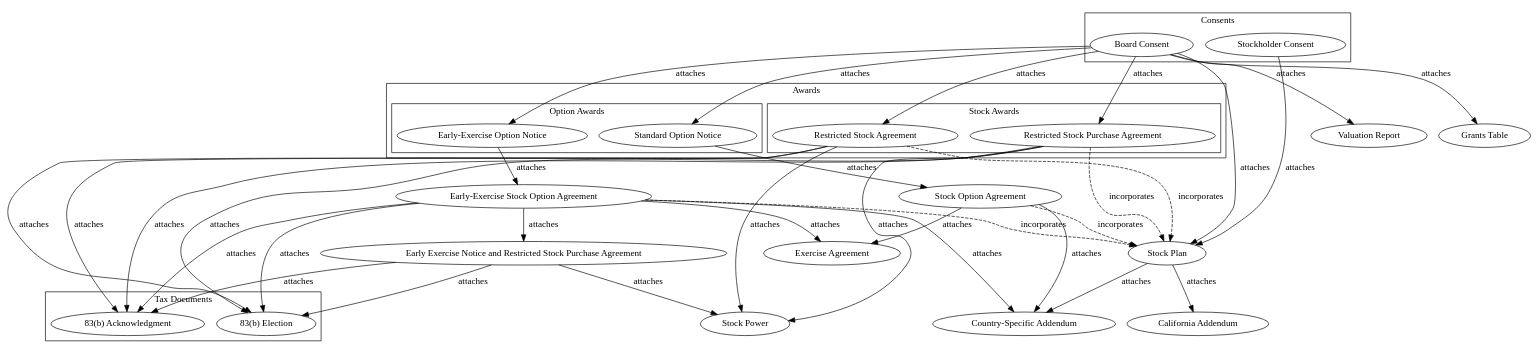
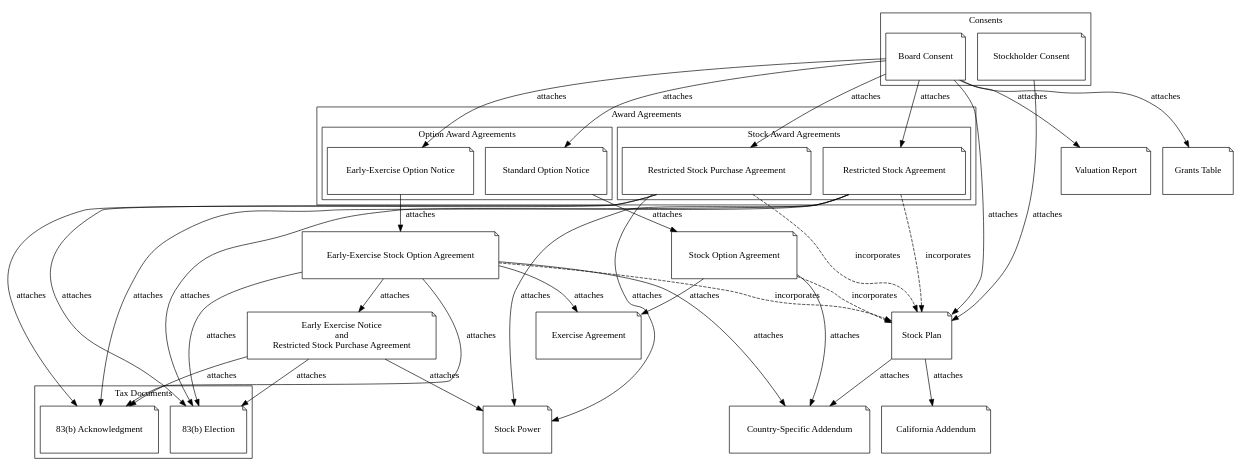
One commit to kemitchell/stock-plan-graph changed the diagram in stock-plan.dot. Above: the diagram before and after it, drawn with Graphviz.

Commit message:
Style nodes; improve labels

```diff
--- a/stock-plan.dot
+++ b/stock-plan.dot
@@ -1,76 +1,80 @@
 digraph stockplan {
+
+  node[shape=note, width=1, height=1];
 
   subgraph cluster_consents {
     label="Consents";
     graph[style=solid];
     "Board Consent";
     "Stockholder Consent";
   }
 
   subgraph cluster_awards {
-    label="Awards";
+    label="Award Agreements";
     graph[style=solid];
 
     subgraph cluster_options {
-      label="Option Awards";
+      label="Option Award Agreements";
       graph[style=solid];
       "Early-Exercise Option Notice";
       "Standard Option Notice";
     }
 
     subgraph cluster_stock {
-      label="Stock Awards";
+      label="Stock Award Agreements";
       graph[style=solid];
       "Restricted Stock Purchase Agreement";
       "Restricted Stock Agreement";
     }
   }
 
   subgraph cluster_83b {
     label="Tax Documents";
     "83(b) Acknowledgment";
     "83(b) Election";
   }
 
   "Board Consent" -> "Stock Plan" [label=attaches];
   "Board Consent" -> "Standard Option Notice" [label=attaches];
   "Board Consent" -> "Early-Exercise Option Notice" [label=attaches];
   "Board Consent" -> "Restricted Stock Purchase Agreement" [label=attaches];
   "Board Consent" -> "Restricted Stock Agreement" [label=attaches];
   "Board Consent" -> "Valuation Report" [label=attaches];
   "Board Consent" -> "Grants Table" [label=attaches];
 
   "Stockholder Consent" -> "Stock Plan" [label=attaches];
 
   "Stock Plan" -> "California Addendum" [label=attaches];
   "Stock Plan" -> "Country-Specific Addendum" [label=attaches];
 
   "Standard Option Notice" -> "Stock Option Agreement" [label=attaches];
   "Stock Option Agreement" -> "Exercise Agreement" [label=attaches];
   "Stock Option Agreement" -> "Country-Specific Addendum" [label=attaches];
 
   "Stock Option Agreement" -> "Stock Plan" [label=incorporates, style=dashed];
 
+  EENRSPA[label="Early Exercise Notice\nand\nRestricted Stock Purchase Agreement"];
+
   "Early-Exercise Option Notice" -> "Early-Exercise Stock Option Agreement" [label=attaches];
-  "Early-Exercise Stock Option Agreement" -> "Early Exercise Notice and Restricted Stock Purchase Agreement" [label=attaches];
+  "Early-Exercise Stock Option Agreement" -> EENRSPA [label=attaches];
   "Early-Exercise Stock Option Agreement" -> "Exercise Agreement" [label=attaches];
   "Early-Exercise Stock Option Agreement" -> "Country-Specific Addendum" [label=attaches];
   "Early-Exercise Stock Option Agreement" -> "83(b) Acknowledgment" [label=attaches];
   "Early-Exercise Stock Option Agreement" -> "83(b) Election" [label=attaches];
 
-  "Early Exercise Notice and Restricted Stock Purchase Agreement" -> "Stock Power" [label=attaches];
-  "Early Exercise Notice and Restricted Stock Purchase Agreement" -> "83(b) Acknowledgment" [label=attaches];
-  "Early Exercise Notice and Restricted Stock Purchase Agreement" -> "83(b) Election" [label=attaches];
+  EENRSPA -> "Stock Power" [label=attaches];
+  EENRSPA -> "83(b) Acknowledgment" [label=attaches];
+  EENRSPA -> "83(b) Election" [label=attaches];
 
   "Early-Exercise Stock Option Agreement" -> "Stock Plan" [label=incorporates, style=dashed];
 
   "Restricted Stock Agreement" -> "Stock Power" [label=attaches];
   "Restricted Stock Agreement" -> "83(b) Acknowledgment" [label=attaches];
   "Restricted Stock Agreement" -> "83(b) Election" [label=attaches];
   "Restricted Stock Agreement" -> "Stock Plan" [label=incorporates, style=dashed];
 
   "Restricted Stock Purchase Agreement" -> "Stock Power" [label=attaches];
   "Restricted Stock Purchase Agreement" -> "83(b) Acknowledgment" [label=attaches];
   "Restricted Stock Purchase Agreement" -> "83(b) Election" [label=attaches];
   "Restricted Stock Purchase Agreement" -> "Stock Plan" [label=incorporates, style=dashed];
 }
```
